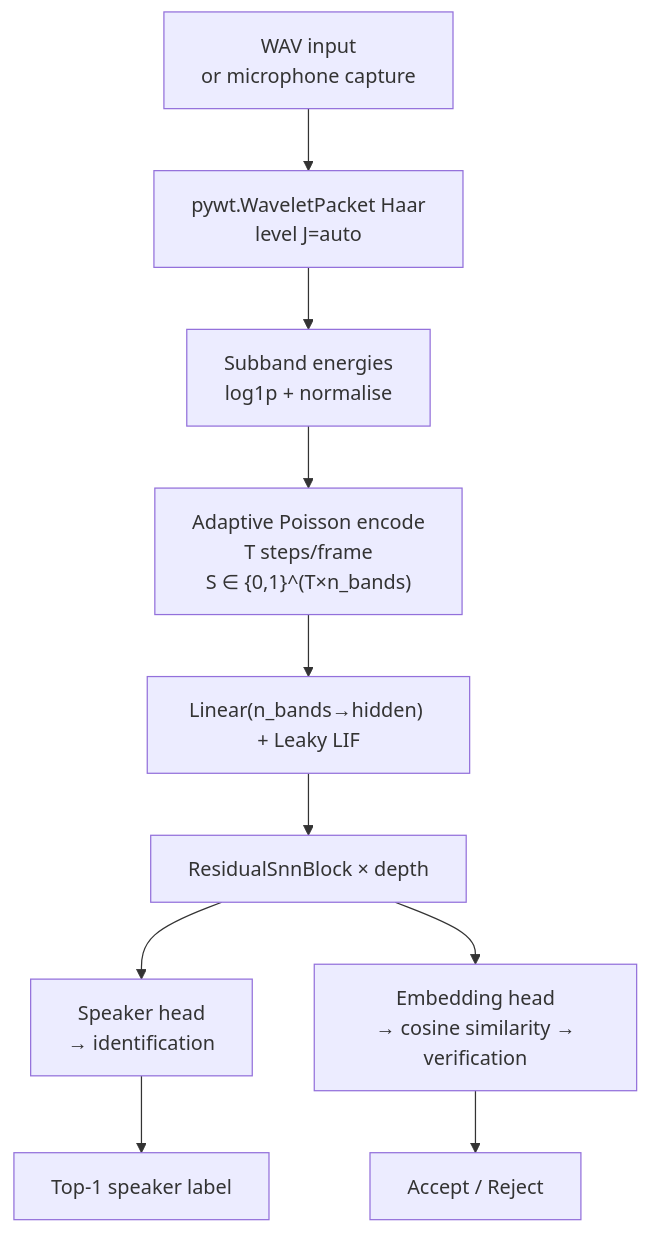
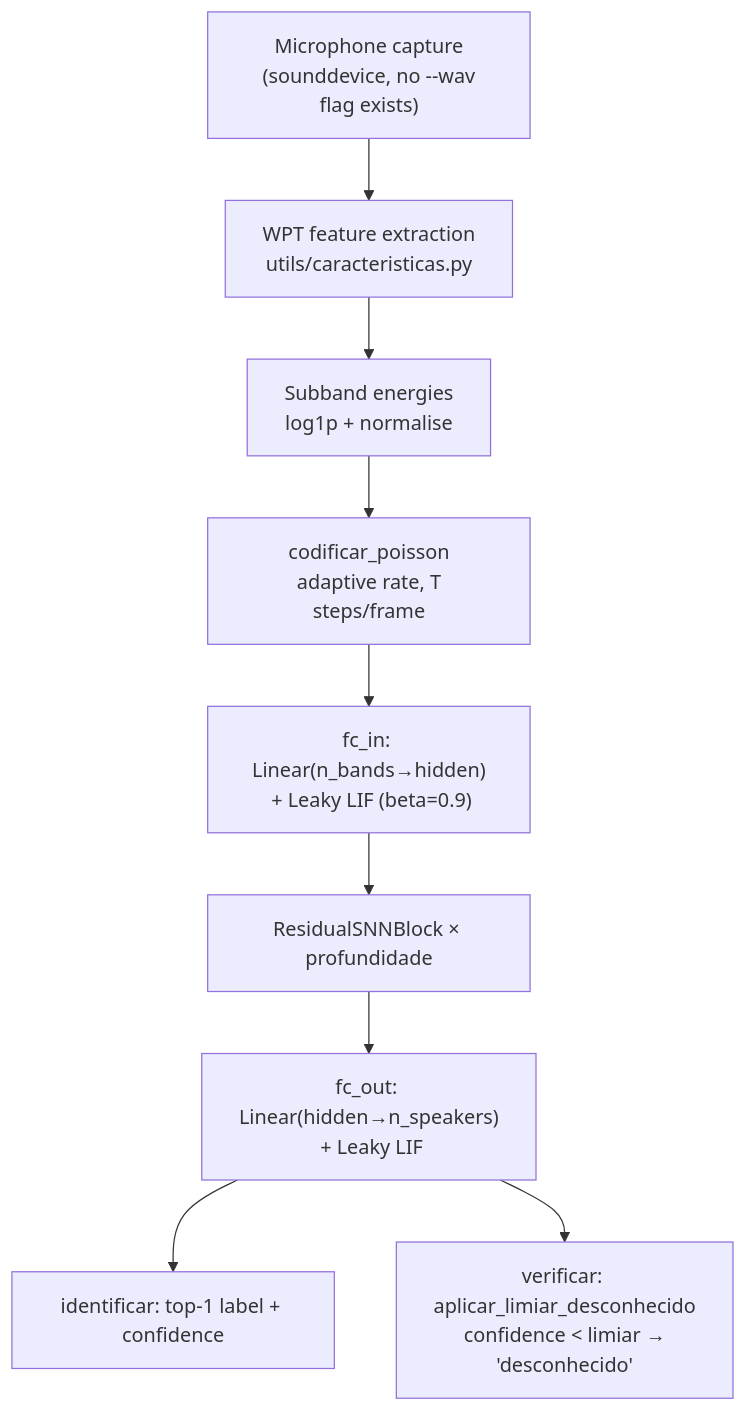
The diagram in software/nn/.wiki/Demos/voice-biometrics-snn-py.md (ensismoebius/doutorado), drawn with Mermaid before and after one commit. The commit also changed other lines of this file and 34 other files, not shown here.

````diff
--- a/software/nn/.wiki/Demos/voice-biometrics-snn-py.md
+++ b/software/nn/.wiki/Demos/voice-biometrics-snn-py.md
@@ -55,12 +61,11 @@
 ```mermaid
 flowchart TD
-    A["WAV input\n or microphone capture"] --> B["pywt.WaveletPacket Haar\n level J=auto"]
+    A["Microphone capture\n (sounddevice, no --wav flag exists)"] --> B["WPT feature extraction\n utils/caracteristicas.py"]
     B --> C["Subband energies\n log1p + normalise"]
-    C --> D["Adaptive Poisson encode\n T steps/frame\n S ∈ {0,1}^(T×n_bands)"]
-    D --> E["Linear(n_bands→hidden) + Leaky LIF"]
-    E --> F["ResidualSnnBlock × depth"]
-    F --> G["Speaker head\n → identification"]
-    F --> H["Embedding head\n → cosine similarity → verification"]
-    G --> I["Top-1 speaker label"]
-    H --> J["Accept / Reject"]
+    C --> D["codificar_poisson\n adaptive rate, T steps/frame"]
+    D --> E["fc_in: Linear(n_bands→hidden)\n + Leaky LIF (beta=0.9)"]
+    E --> F["ResidualSNNBlock × profundidade"]
+    F --> G["fc_out: Linear(hidden→n_speakers)\n + Leaky LIF"]
+    G --> H["identificar: top-1 label + confidence"]
+    G --> I["verificar: aplicar_limiar_desconhecido\n confidence < limiar → 'desconhecido'"]
 ```
````
